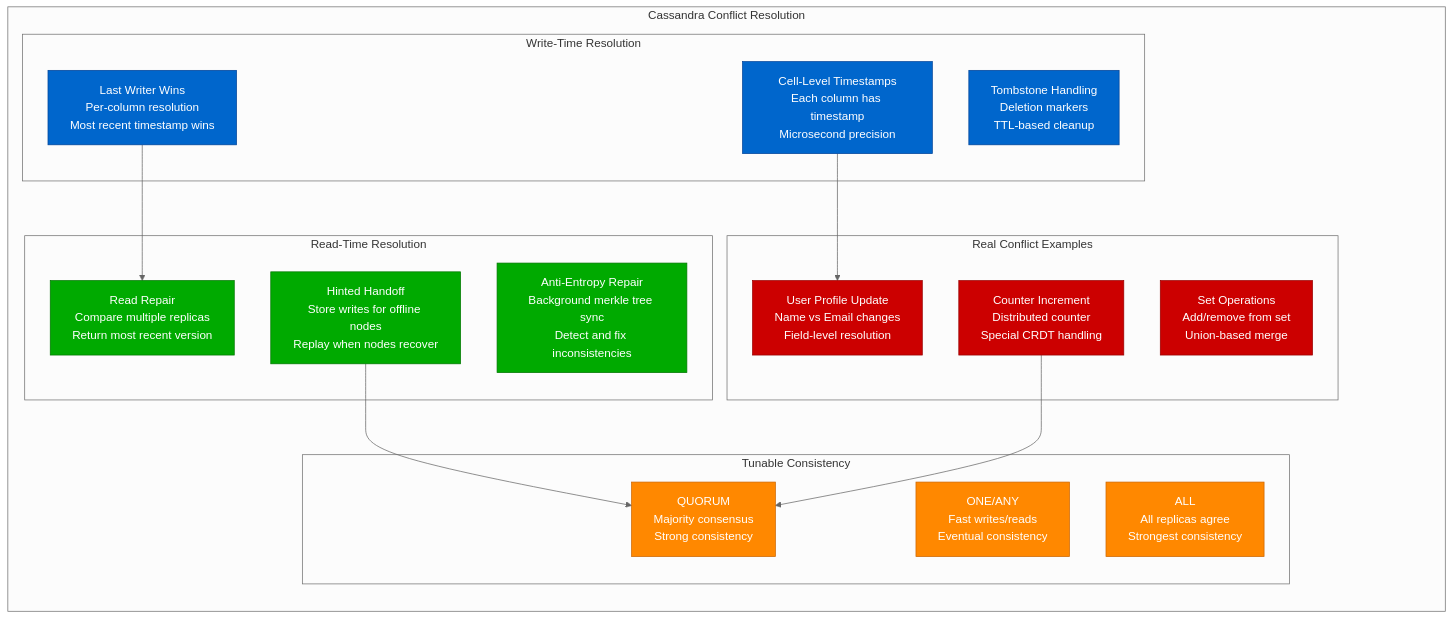
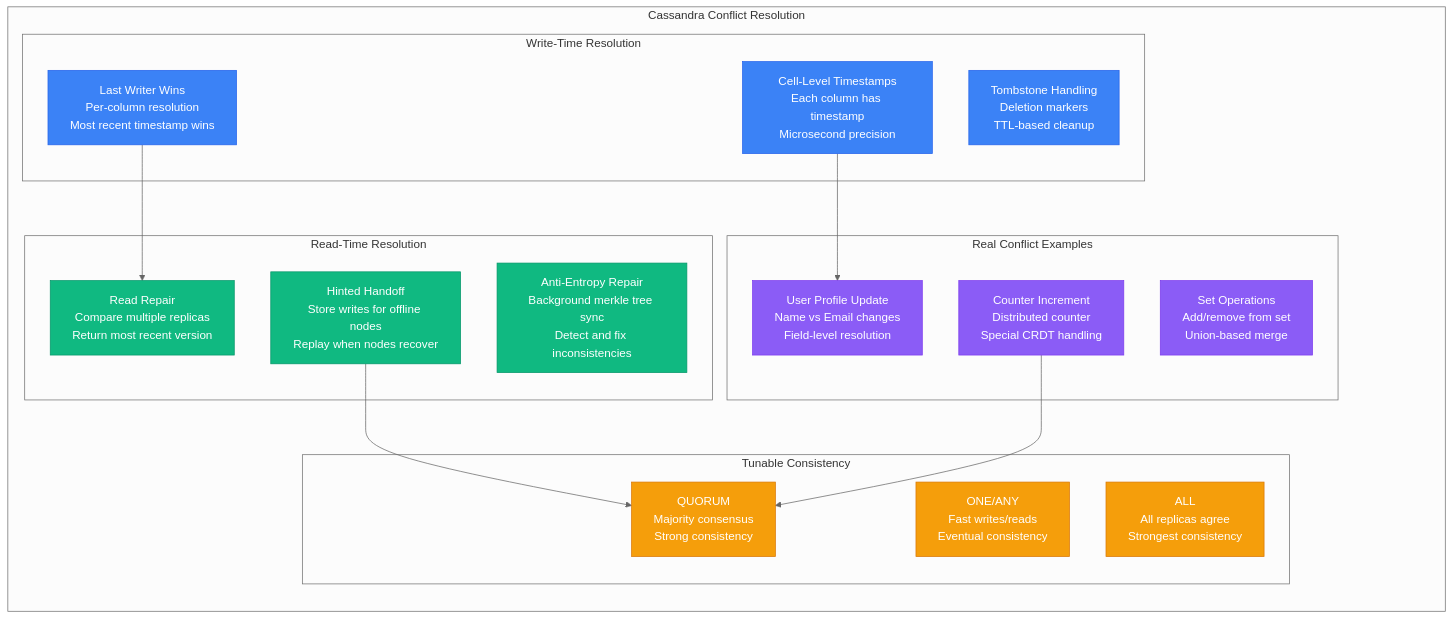
One commit to deepaucksharma/DS changed the fourth of 9 diagrams in site/docs/guarantees/eventual-consistency/eventual-consistency-conflicts.md. Above: the diagram before and after it, drawn with Mermaid (neutral theme). The commit also changed other lines of this file and 303 other files, not shown here.

````diff
--- a/site/docs/guarantees/eventual-consistency/eventual-consistency-conflicts.md
+++ b/site/docs/guarantees/eventual-consistency/eventual-consistency-conflicts.md
@@ -162,43 +162,43 @@
 ```mermaid
 graph LR
     subgraph CassandraConflictResolution[Cassandra Conflict Resolution]
         subgraph WriteLevel[Write-Time Resolution]
             WL1[Cell-Level Timestamps<br/>Each column has timestamp<br/>Microsecond precision]
             WL2[Last Writer Wins<br/>Per-column resolution<br/>Most recent timestamp wins]
             WL3[Tombstone Handling<br/>Deletion markers<br/>TTL-based cleanup]
         end
 
         subgraph ReadLevel[Read-Time Resolution]
             RL1[Read Repair<br/>Compare multiple replicas<br/>Return most recent version]
             RL2[Hinted Handoff<br/>Store writes for offline nodes<br/>Replay when nodes recover]
             RL3[Anti-Entropy Repair<br/>Background merkle tree sync<br/>Detect and fix inconsistencies]
         end
 
         subgraph ConsistencyLevels[Tunable Consistency]
             CL1[ONE/ANY<br/>Fast writes/reads<br/>Eventual consistency]
             CL2[QUORUM<br/>Majority consensus<br/>Strong consistency]
             CL3[ALL<br/>All replicas agree<br/>Strongest consistency]
         end
 
         subgraph ConflictExamples[Real Conflict Examples]
             CE1[User Profile Update<br/>Name vs Email changes<br/>Field-level resolution]
             CE2[Counter Increment<br/>Distributed counter<br/>Special CRDT handling]
             CE3[Set Operations<br/>Add/remove from set<br/>Union-based merge]
         end
     end
 
     WL2 --> RL1
     RL2 --> CL2
     WL1 --> CE1
     CE2 --> CL2
 
-    classDef writeStyle fill:#0066CC,stroke:#004499,color:#fff
-    classDef readStyle fill:#00AA00,stroke:#007700,color:#fff
-    classDef consistencyStyle fill:#FF8800,stroke:#CC6600,color:#fff
-    classDef exampleStyle fill:#CC0000,stroke:#990000,color:#fff
+    classDef writeStyle fill:#3B82F6,stroke:#2563EB,color:#fff
+    classDef readStyle fill:#10B981,stroke:#059669,color:#fff
+    classDef consistencyStyle fill:#F59E0B,stroke:#D97706,color:#fff
+    classDef exampleStyle fill:#8B5CF6,stroke:#7C3AED,color:#fff
 
     class WL1,WL2,WL3 writeStyle
     class RL1,RL2,RL3 readStyle
     class CL1,CL2,CL3 consistencyStyle
     class CE1,CE2,CE3 exampleStyle
 ```
````
